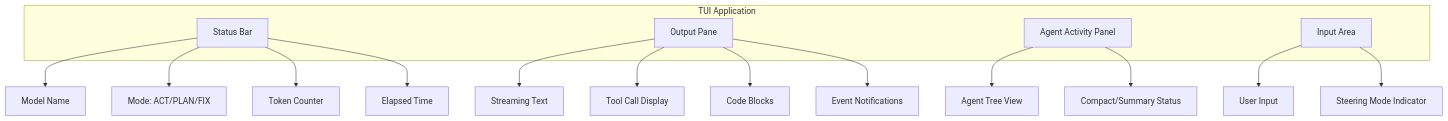
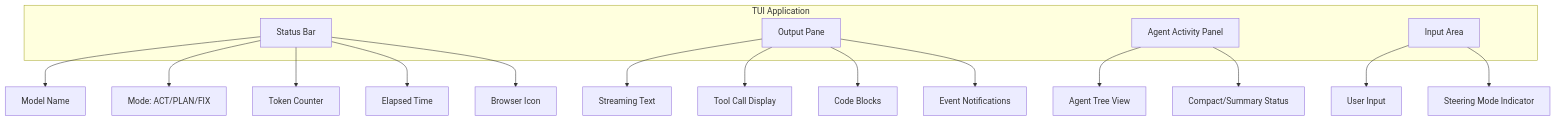
The diagram in packages/yaacli/spec/06-ui-layout.md (Alexsu26/ya-mono), drawn with Mermaid before and after one commit. The commit also changed other lines of this file and 99 other files, not shown here.

````diff
--- a/packages/yaacli/spec/06-ui-layout.md
+++ b/packages/yaacli/spec/06-ui-layout.md
@@ -31,25 +31,26 @@
 ```mermaid
 graph TB
     subgraph "TUI Application"
         StatusBar[Status Bar]
         OutputPane[Output Pane]
         AgentPanel[Agent Activity Panel]
         InputArea[Input Area]
     end
 
     StatusBar --> ModelInfo[Model Name]
     StatusBar --> ModeIndicator[Mode: ACT/PLAN/FIX]
     StatusBar --> TokenUsage[Token Counter]
     StatusBar --> Timer[Elapsed Time]
+    StatusBar --> BrowserStatus[Browser Icon]
 
     OutputPane --> TextStream[Streaming Text]
     OutputPane --> ToolCalls[Tool Call Display]
     OutputPane --> CodeBlocks[Code Blocks]
     OutputPane --> Events[Event Notifications]
 
     AgentPanel --> AgentTree[Agent Tree View]
     AgentPanel --> CompactStatus[Compact/Summary Status]
 
     InputArea --> PromptInput[User Input]
     InputArea --> SteeringIndicator[Steering Mode Indicator]
 ```
````
